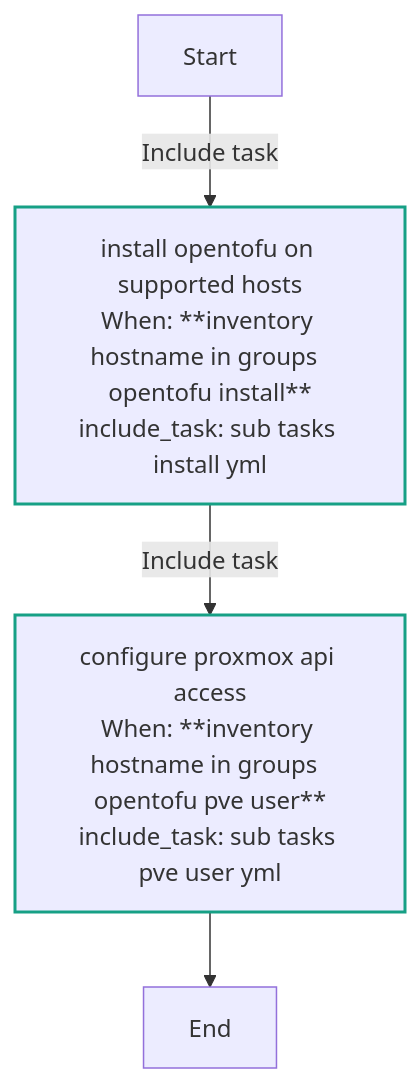
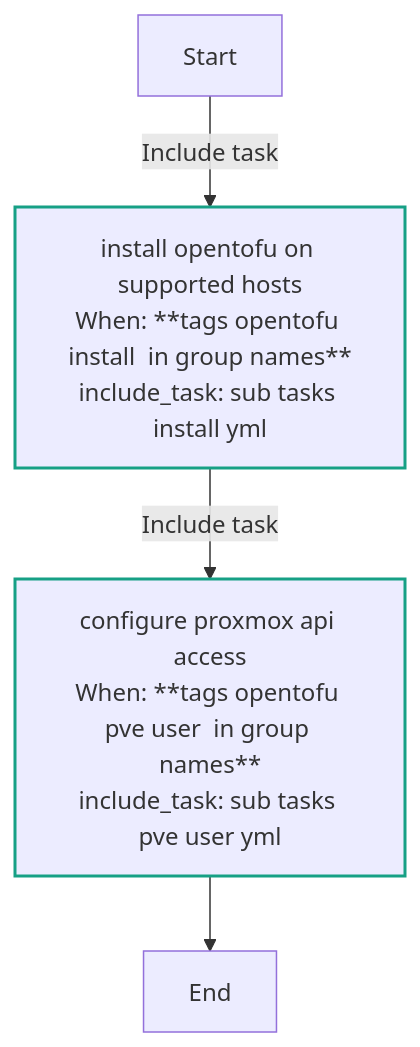
One commit to Lebowski89/homelab changed the first of 3 diagrams in ansible/roles/opentofu/README.md. Above: the diagram before and after it, drawn with Mermaid. The commit also changed 30 other files, not shown here.

````diff
--- a/ansible/roles/opentofu/README.md
+++ b/ansible/roles/opentofu/README.md
@@ -95,16 +95,16 @@
 ```mermaid
 flowchart TD
 Start
 classDef block stroke:#3498db,stroke-width:2px;
 classDef task stroke:#4b76bb,stroke-width:2px;
 classDef includeTasks stroke:#16a085,stroke-width:2px;
 classDef importTasks stroke:#34495e,stroke-width:2px;
 classDef includeRole stroke:#2980b9,stroke-width:2px;
 classDef importRole stroke:#699ba7,stroke-width:2px;
 classDef includeVars stroke:#8e44ad,stroke-width:2px;
 classDef rescue stroke:#665352,stroke-width:2px;
 
-  Start-->|Include task| Install_OpenTofu_on_supported_hosts_sub_tasks_install_yml_0[install opentofu on supported hosts<br>When: **inventory hostname in groups  opentofu install**<br>include_task: sub tasks install yml]:::includeTasks
-  Install_OpenTofu_on_supported_hosts_sub_tasks_install_yml_0-->|Include task| Configure_Proxmox_API_access_sub_tasks_pve_user_yml_1[configure proxmox api access<br>When: **inventory hostname in groups  opentofu pve user**<br>include_task: sub tasks pve user yml]:::includeTasks
+  Start-->|Include task| Install_OpenTofu_on_supported_hosts_sub_tasks_install_yml_0[install opentofu on supported hosts<br>When: **tags opentofu install  in group names**<br>include_task: sub tasks install yml]:::includeTasks
+  Install_OpenTofu_on_supported_hosts_sub_tasks_install_yml_0-->|Include task| Configure_Proxmox_API_access_sub_tasks_pve_user_yml_1[configure proxmox api access<br>When: **tags opentofu pve user  in group names**<br>include_task: sub tasks pve user yml]:::includeTasks
   Configure_Proxmox_API_access_sub_tasks_pve_user_yml_1-->End
 ```
````
